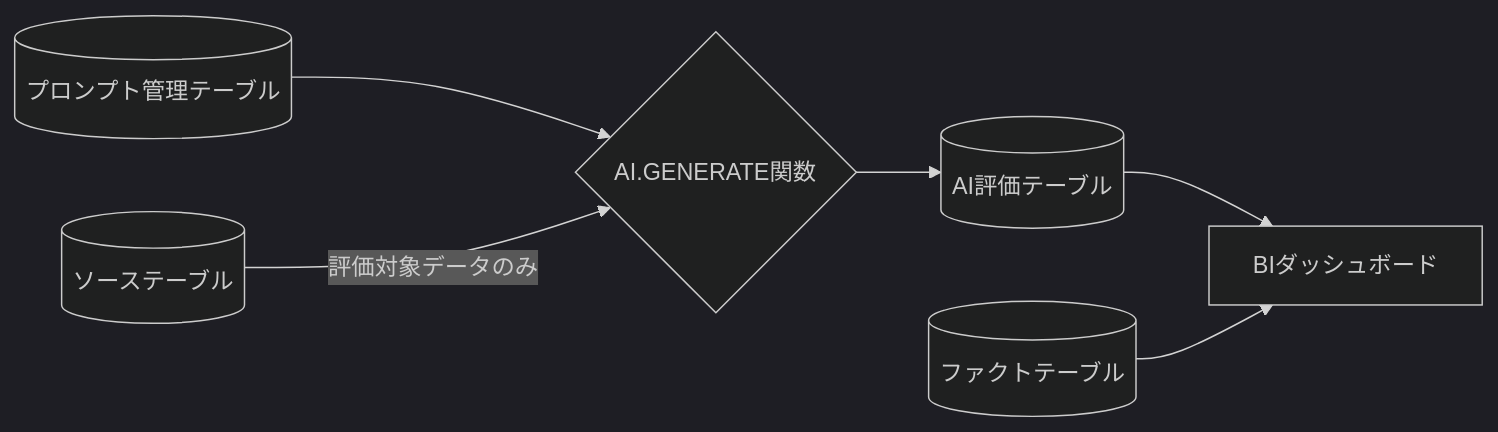
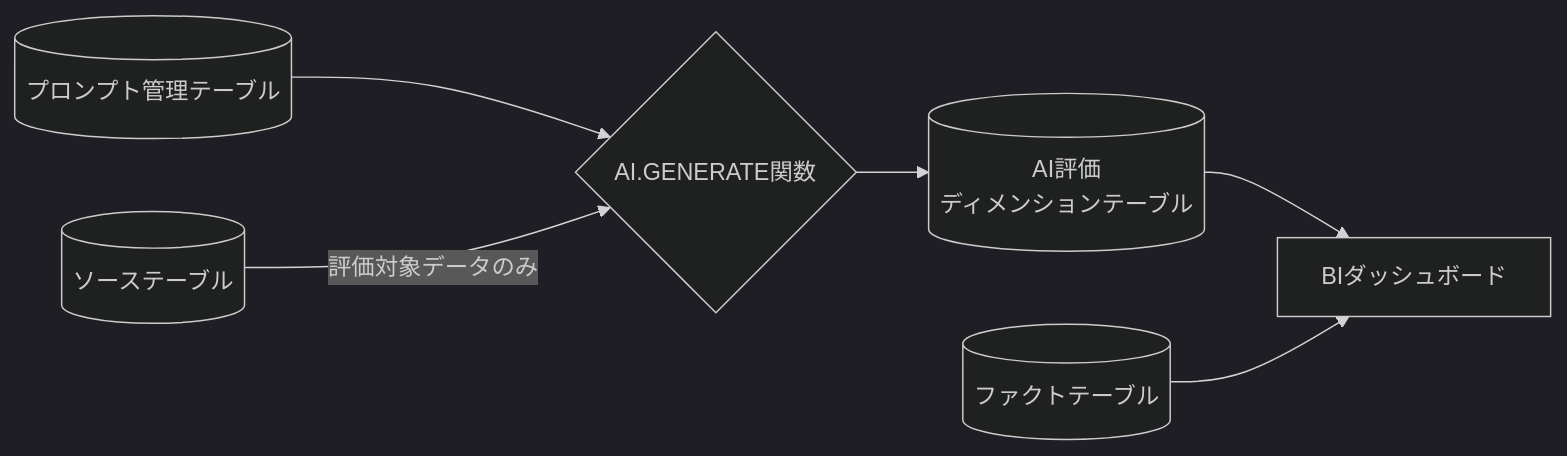
The fifth of 5 diagrams in bigquery-ai-generate/bigquery-ai-generate.md (1210yuichi0/slides), drawn with Mermaid (dark theme) before and after one commit. The commit also changed other lines of this file and 2 other files, not shown here.

First line of the commit message:
fix: Mermaidダイアグラムのスタイル改善

```diff
--- a/bigquery-ai-generate/bigquery-ai-generate.md
+++ b/bigquery-ai-generate/bigquery-ai-generate.md
@@ -303,12 +305,13 @@
 <pre class="mermaid">
 flowchart LR
     PM[(プロンプト管理テーブル)]
     SRC[(ソーステーブル)]
     AI{AI.GENERATE関数}
-    DIM[(AI評価テーブル)]
+    DIM[(AI評価
+    ディメンションテーブル)]
     FACT[(ファクトテーブル)]
     BI[BIダッシュボード]
     PM -->  AI
     SRC -->|評価対象データのみ|AI --> DIM --> BI
     FACT --> BI
 </pre>
```
